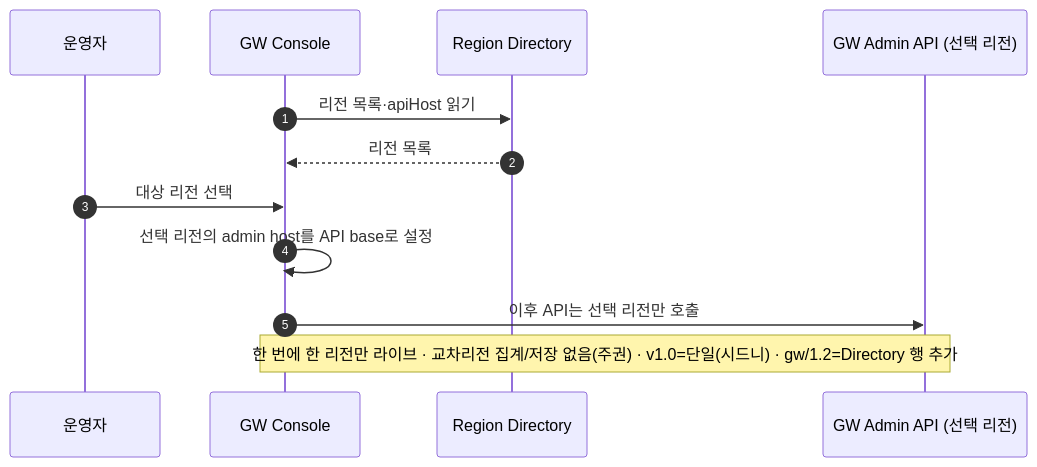
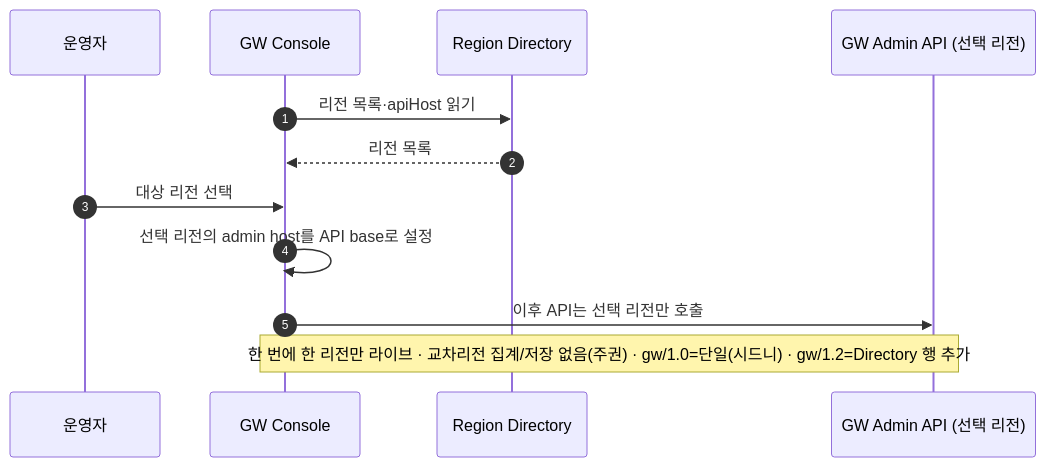
The tenth of 11 diagrams in docs/VT_API_Gateway/08.VT_API_Gateway/specs/03c-subsrs-gw-console/SRS.md (gracegyu/scp-architecture), drawn with Mermaid before and after one commit. The commit also changed other lines of this file and 1 other file, not shown here.

````diff
--- a/docs/VT_API_Gateway/08.VT_API_Gateway/specs/03c-subsrs-gw-console/SRS.md
+++ b/docs/VT_API_Gateway/08.VT_API_Gateway/specs/03c-subsrs-gw-console/SRS.md
@@ -348,14 +353,14 @@
 ```mermaid
 sequenceDiagram
     autonumber
     participant OP as 운영자
     participant C as GW Console
     participant RD as Region Directory
     participant A as GW Admin API (선택 리전)
     C->>RD: 리전 목록·apiHost 읽기
     RD-->>C: 리전 목록
     OP->>C: 대상 리전 선택
     C->>C: 선택 리전의 admin host를 API base로 설정
     C->>A: 이후 API는 선택 리전만 호출
-    Note over C,A: 한 번에 한 리전만 라이브 · 교차리전 집계/저장 없음(주권) · v1.0=단일(시드니) · gw/1.2=Directory 행 추가
+    Note over C,A: 한 번에 한 리전만 라이브 · 교차리전 집계/저장 없음(주권) · gw/1.0=단일(시드니) · gw/1.2=Directory 행 추가
 ```
````
